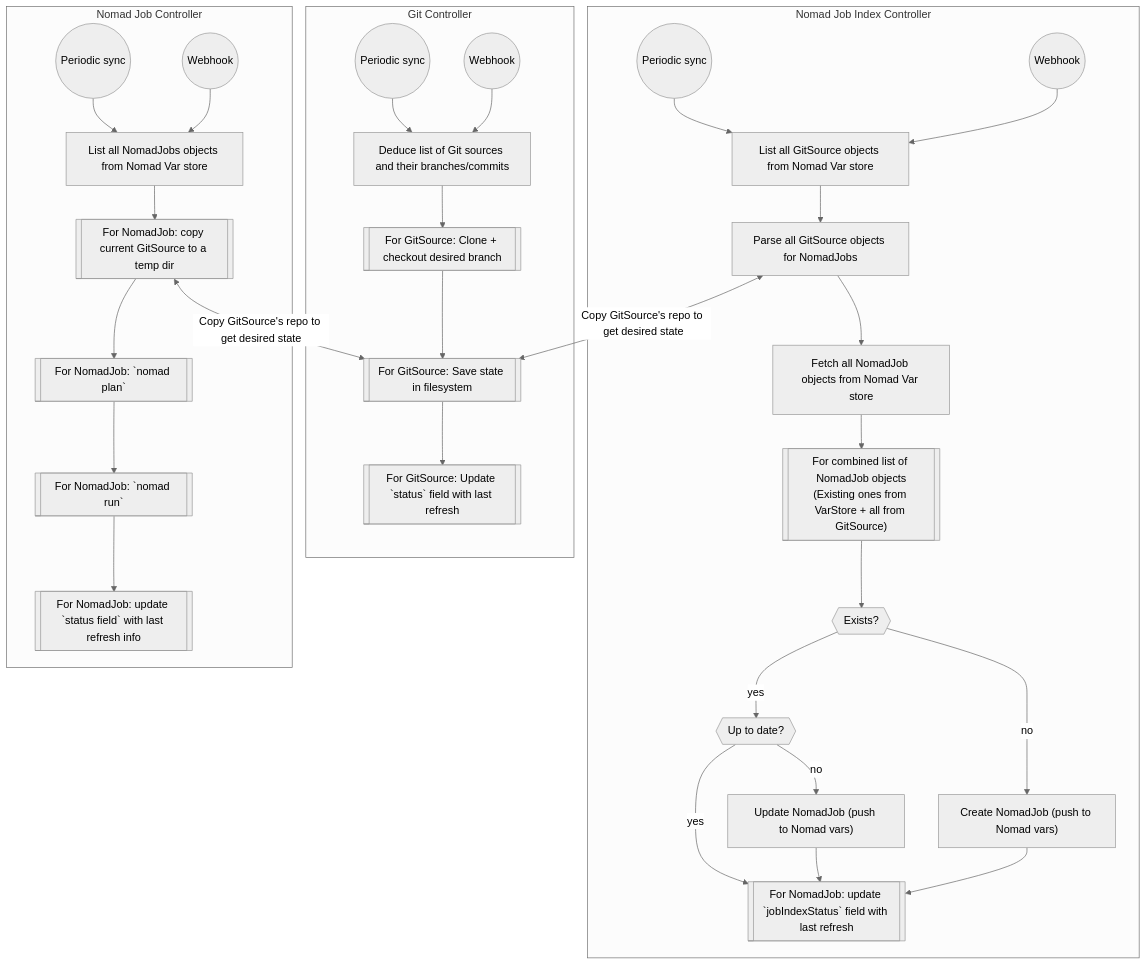
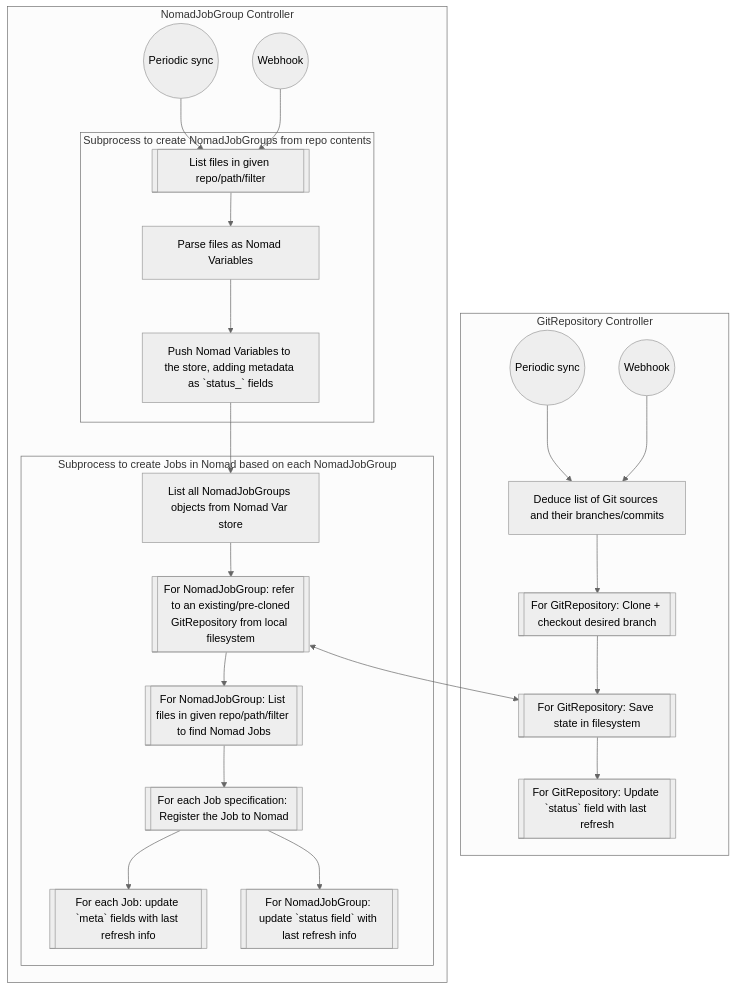
The diagram in gitops-controller-draft/README.md (Antvirf/nomad-proto), drawn with Mermaid (neutral theme) before and after one commit. The commit also changed other lines of this file and 8 other files, not shown here.

Commit message:
refactor: clarify design, redesignate `NomadJob` to `NomadJobGroup` given its scope of work

````diff
--- a/gitops-controller-draft/README.md
+++ b/gitops-controller-draft/README.md
@@ -60,49 +61,41 @@
 ```mermaid
 flowchart TD
 
-subgraph gits["Git Controller"]
+subgraph gits["GitRepository Controller"]
     g1a((Periodic sync))
     g1b((Webhook))
     g2[Deduce list of Git sources and their branches/commits]
-    g3[[For GitSource: Clone + checkout desired branch]]
-    g4[[For GitSource: Save state in filesystem]]
-    g5[[For GitSource: Update `status` field with last refresh]]
+    g3[[For GitRepository: Clone + checkout desired branch]]
+    g4[[For GitRepository: Save state in filesystem]]
+    g5[[For GitRepository: Update `status` field with last refresh]]
     g1a-->g2-->g3-->g4-->g5
     g1b-->g2
 end
 
-subgraph jbi["Nomad Job Index Controller"]
-    ni1a((Periodic sync))
-    ni1b((Webhook))
-    ni2[List all GitSource objects from Nomad Var store]
-    ni3[Parse all GitSource objects for NomadJobs]
-    ni4[Fetch all NomadJob objects from Nomad Var store]
-    ni5[["For combined list of NomadJob objects\n(Existing ones from VarStore + all from GitSource)"]]
-    nexists{{Exists?}}
-    nuptodate{{Up to date?}}
-    nfinish[[For NomadJob: update `jobIndexStatus` field with last refresh]]
-    nup["Update NomadJob (push to Nomad vars)"]
-    ncreate["Create NomadJob (push to Nomad vars)"]
-    
-    ni1a-->ni2
-    ni1b-->ni2-->ni3-->ni4-->ni5
-    nuptodate-->|yes|nfinish
-    ni5-->nexists-->|yes| nuptodate-->|no|nup-->nfinish
-    nexists-->|no|ncreate-->nfinish
-end
-
-subgraph jb["Nomad Job Controller"]
+subgraph jb["NomadJobGroup Controller"]
     n1a((Periodic sync))
     n1b((Webhook))
-    n2[List all NomadJobs objects from Nomad Var store]
-    n2b[[For NomadJob: copy current GitSource to a temp dir]]
-    n3[[For NomadJob: `nomad plan`]]
-    n3-->n5[[For NomadJob: `nomad run`]]
-    n5-->n6[[For NomadJob: update `status field` with last refresh info]]
-    n1a-->n2-->n2b-->n3
-    n1b-->n2
+    
+    %% Expansion to create instances of `NomadJobGroup` objects declaratively
+    subgraph njg["Subprocess to create NomadJobGroups from repo contents"]
+      njg1[[List files in given repo/path/filter]]
+      njg2[Parse files as Nomad Variables]
+      njg3[Push Nomad Variables to the store, adding metadata as `status_` fields]
+    end
+
+    subgraph njmain["Subprocess to create Jobs in Nomad based on each NomadJobGroup"]
+      n2[List all NomadJobGroups objects from Nomad Var store]
+      n2b[[For NomadJobGroup: refer to an existing/pre-cloned\nGitRepository from local filesystem]]
+      n3[[For NomadJobGroup: List files in given repo/path/filter to find Nomad Jobs]]
+      n3-->n5[[For each Job specification: Register the Job to Nomad]]
+      n5-->n7[[For each Job: update `meta` fields with last refresh info]]
+      n5-->n6[[For NomadJobGroup: update `status field` with last refresh info]]
+    end
+      n1a-->njg1
+      n1b-->njg1
+      n2b-->n3
+      njg1-->njg2-->njg3-->n2-->n2b
 end
-n2b <-->|Copy GitSource's repo to get desired state| g4
-ni3 <-->|Copy GitSource's repo to get desired state| g4
+n2b <-->g4
 
 ```
````
